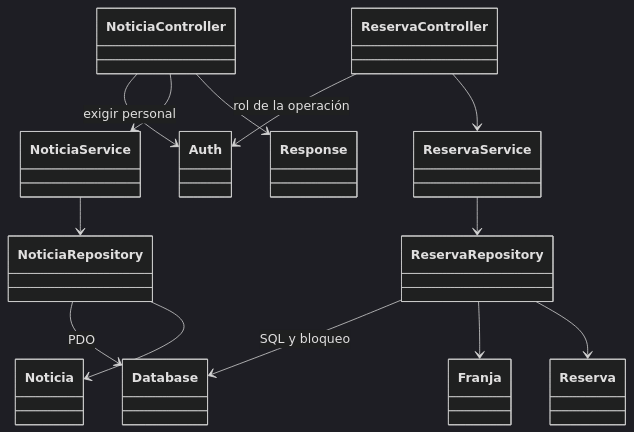
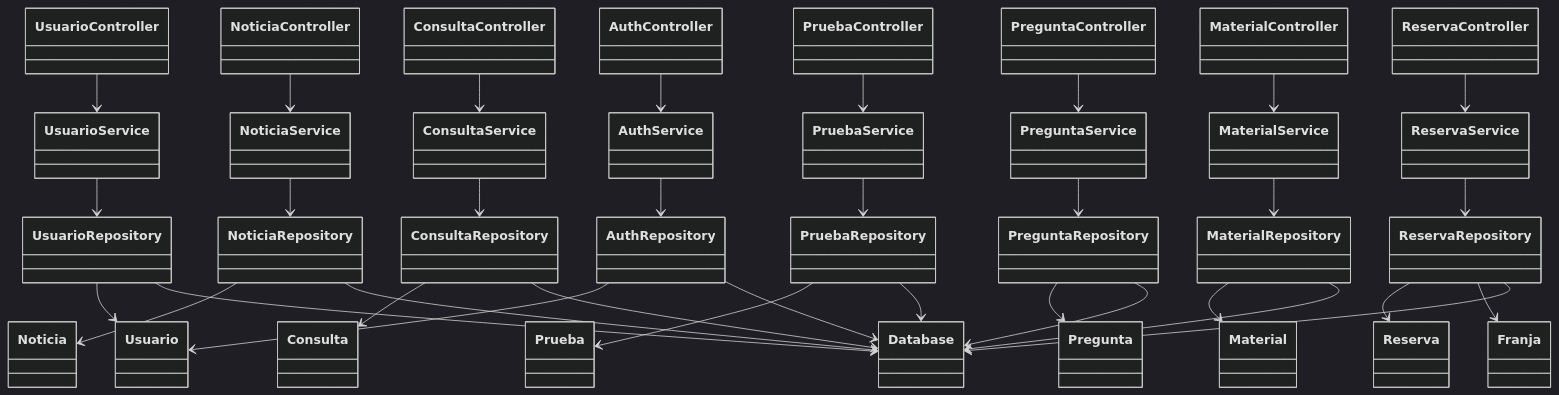
The diagram in docs/programacion_full_stack/Diagramas/README.md (totito19/Proyecto-IMSJ), drawn with Mermaid (dark theme) before and after one commit. The commit also changed other lines of this file and 38 other files, not shown here.

````diff
--- a/docs/programacion_full_stack/Diagramas/README.md
+++ b/docs/programacion_full_stack/Diagramas/README.md
@@ -27,27 +25,36 @@
 ```mermaid
 classDiagram
-    class NoticiaController
-    class NoticiaService
-    class NoticiaRepository
-    class Noticia
-    class ReservaController
-    class ReservaService
-    class ReservaRepository
-    class Franja
-    class Reserva
-    class Database
-    class Auth
-    class Response
-    NoticiaController --> Auth : exigir personal
+    AuthController --> AuthService
+    AuthService --> AuthRepository
+    AuthRepository --> Database
+    ConsultaController --> ConsultaService
+    ConsultaService --> ConsultaRepository
+    ConsultaRepository --> Database
     NoticiaController --> NoticiaService
     NoticiaService --> NoticiaRepository
-    NoticiaRepository --> Database : PDO
-    NoticiaRepository --> Noticia
-    NoticiaController --> Response
-    ReservaController --> Auth : rol de la operación
+    NoticiaRepository --> Database
+    MaterialController --> MaterialService
+    MaterialService --> MaterialRepository
+    MaterialRepository --> Database
+    PreguntaController --> PreguntaService
+    PreguntaService --> PreguntaRepository
+    PreguntaRepository --> Database
+    PruebaController --> PruebaService
+    PruebaService --> PruebaRepository
+    PruebaRepository --> Database
     ReservaController --> ReservaService
     ReservaService --> ReservaRepository
-    ReservaRepository --> Database : SQL y bloqueo
+    ReservaRepository --> Database
+    UsuarioController --> UsuarioService
+    UsuarioService --> UsuarioRepository
+    UsuarioRepository --> Database
+    NoticiaRepository --> Noticia
+    MaterialRepository --> Material
+    PreguntaRepository --> Pregunta
+    PruebaRepository --> Prueba
+    ConsultaRepository --> Consulta
     ReservaRepository --> Franja
     ReservaRepository --> Reserva
+    AuthRepository --> Usuario
+    UsuarioRepository --> Usuario
 ```
````
